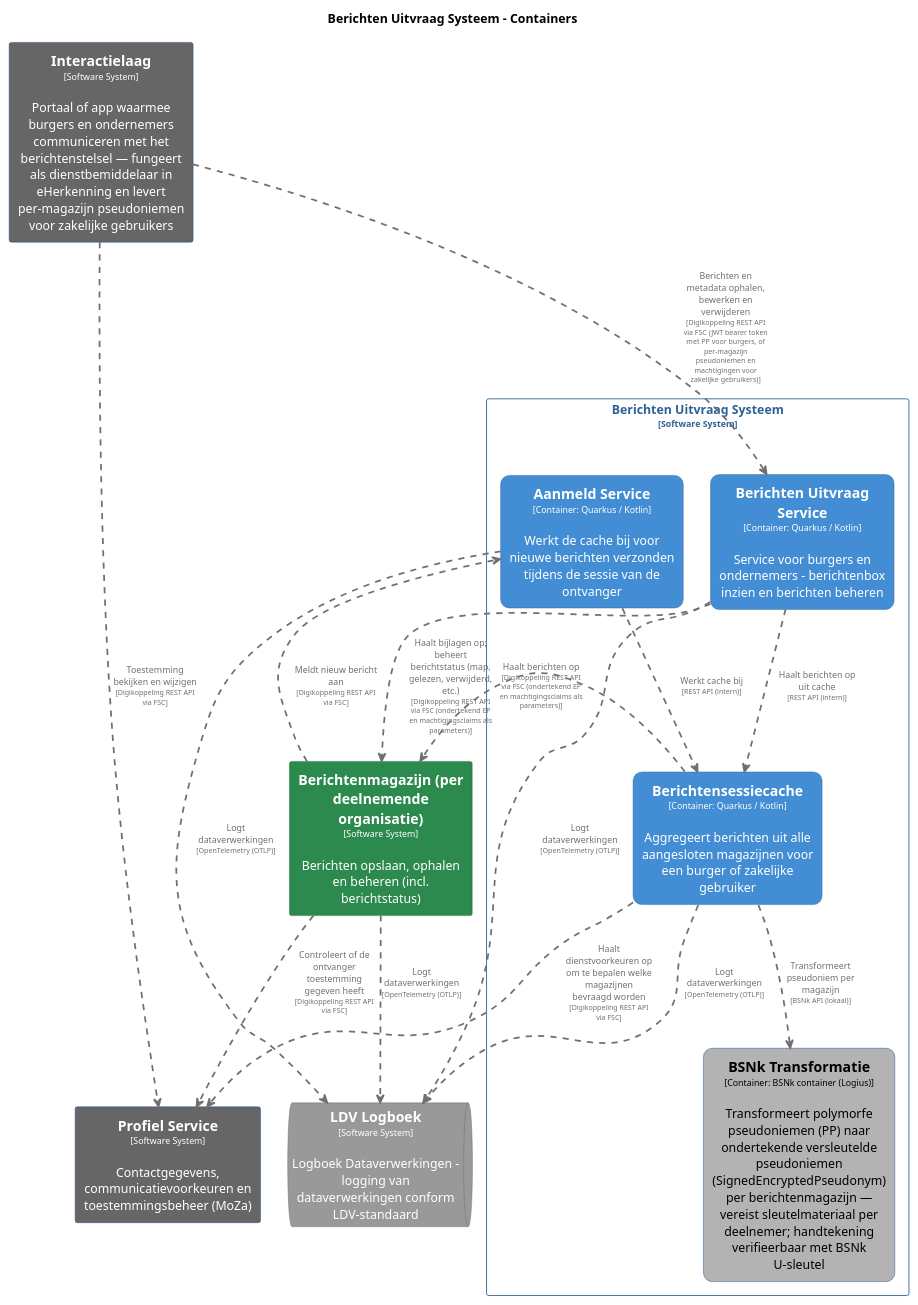
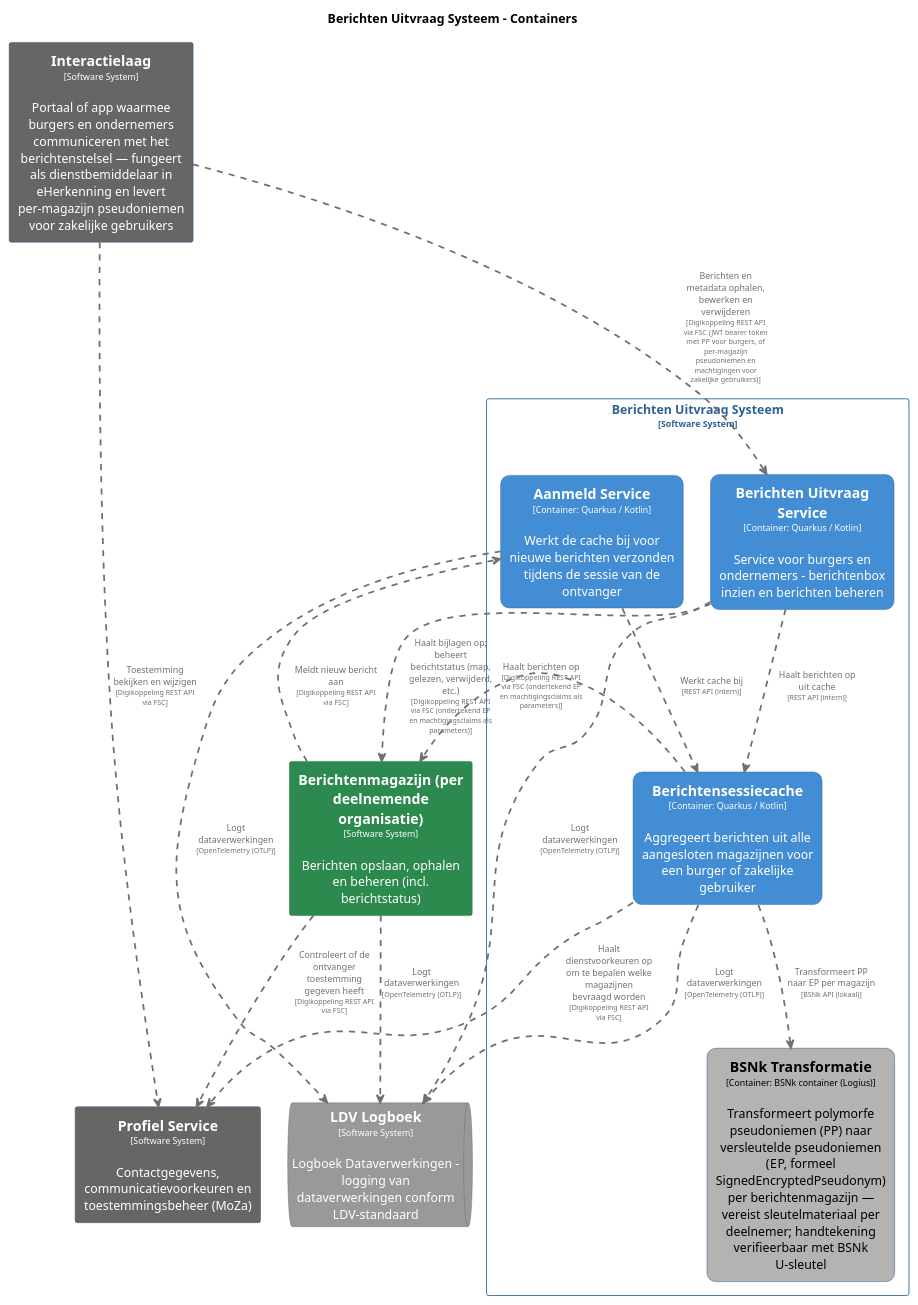
The diagram in pr-preview/pr-22/master/puml/BerichtenUitvraagSysteemContainers.puml (MinBZK/moza-poc-fbs-berichtenbox), drawn with PlantUML before and after one commit. The commit also changed 12 other files, not shown here.

```diff
--- a/pr-preview/pr-22/master/puml/BerichtenUitvraagSysteemContainers.puml
+++ b/pr-preview/pr-22/master/puml/BerichtenUitvraagSysteemContainers.puml
@@ -1,102 +1,102 @@
 @startuml
 set separator none
 title Berichten Uitvraag Systeem - Containers
 
 top to bottom direction
 skinparam ranksep 60
 skinparam nodesep 30
 
 skinparam {
   arrowFontSize 10
   defaultTextAlignment center
   wrapWidth 200
   maxMessageSize 100
 }
 
 hide stereotype
 
 skinparam rectangle<<BerichtenUitvraagSysteem.AanmeldService>> {
   BackgroundColor #438dd5
   FontColor #ffffff
   BorderColor #2e6295
   roundCorner 20
   shadowing false
 }
 skinparam rectangle<<BerichtenUitvraagSysteem.BSNkTransformatie>> {
   BackgroundColor #b3b3b3
   FontColor #000000
   BorderColor #0b4884
   roundCorner 20
   shadowing false
 }
 skinparam rectangle<<BerichtenUitvraagSysteem.BerichtenUitvraagService>> {
   BackgroundColor #438dd5
   FontColor #ffffff
   BorderColor #2e6295
   roundCorner 20
   shadowing false
 }
 skinparam rectangle<<Berichtenmagazijnperdeelnemendeorganisatie>> {
   BackgroundColor #2d8a4e
   FontColor #ffffff
   BorderColor #1e6b38
   shadowing false
 }
 skinparam rectangle<<BerichtenUitvraagSysteem.Berichtensessiecache>> {
   BackgroundColor #438dd5
   FontColor #ffffff
   BorderColor #2e6295
   roundCorner 20
   shadowing false
 }
 skinparam rectangle<<Interactielaag>> {
   BackgroundColor #666666
   FontColor #ffffff
   BorderColor #0b4884
   shadowing false
 }
 skinparam queue<<LDVLogboek>> {
   BackgroundColor #999999
   FontColor #ffffff
   BorderColor #6b6b6b
   shadowing false
 }
 skinparam rectangle<<ProfielService>> {
   BackgroundColor #666666
   FontColor #ffffff
   BorderColor #0b4884
   shadowing false
 }
 skinparam rectangle<<BerichtenUitvraagSysteem>> {
   BorderColor #2e6295
   FontColor #2e6295
   shadowing false
 }
 
 rectangle "==Profiel Service\n<size:10>[Software System]</size>\n\nContactgegevens, communicatievoorkeuren en toestemmingsbeheer (MoZa)" <<ProfielService>> as ProfielService
 rectangle "==Interactielaag\n<size:10>[Software System]</size>\n\nPortaal of app waarmee burgers en ondernemers communiceren met het berichtenstelsel — fungeert als dienstbemiddelaar in eHerkenning en levert per-magazijn pseudoniemen voor zakelijke gebruikers" <<Interactielaag>> as Interactielaag
 rectangle "==Berichtenmagazijn (per deelnemende organisatie)\n<size:10>[Software System]</size>\n\nBerichten opslaan, ophalen en beheren (incl. berichtstatus)" <<Berichtenmagazijnperdeelnemendeorganisatie>> as Berichtenmagazijnperdeelnemendeorganisatie
 queue "==LDV Logboek\n<size:10>[Software System]</size>\n\nLogboek Dataverwerkingen - logging van dataverwerkingen conform LDV-standaard" <<LDVLogboek>> as LDVLogboek
 
 rectangle "Berichten Uitvraag Systeem\n<size:10>[Software System]</size>" <<BerichtenUitvraagSysteem>> {
   rectangle "==Berichtensessiecache\n<size:10>[Container: Quarkus / Kotlin]</size>\n\nAggregeert berichten uit alle aangesloten magazijnen voor een burger of zakelijke gebruiker" <<BerichtenUitvraagSysteem.Berichtensessiecache>> as BerichtenUitvraagSysteem.Berichtensessiecache
   rectangle "==Berichten Uitvraag Service\n<size:10>[Container: Quarkus / Kotlin]</size>\n\nService voor burgers en ondernemers - berichtenbox inzien en berichten beheren" <<BerichtenUitvraagSysteem.BerichtenUitvraagService>> as BerichtenUitvraagSysteem.BerichtenUitvraagService
-  rectangle "==BSNk Transformatie\n<size:10>[Container: BSNk container (Logius)]</size>\n\nTransformeert polymorfe pseudoniemen (PP) naar ondertekende versleutelde pseudoniemen (SignedEncryptedPseudonym) per berichtenmagazijn — vereist sleutelmateriaal per deelnemer; handtekening verifieerbaar met BSNk U-sleutel" <<BerichtenUitvraagSysteem.BSNkTransformatie>> as BerichtenUitvraagSysteem.BSNkTransformatie
+  rectangle "==BSNk Transformatie\n<size:10>[Container: BSNk container (Logius)]</size>\n\nTransformeert polymorfe pseudoniemen (PP) naar versleutelde pseudoniemen (EP, formeel SignedEncryptedPseudonym) per berichtenmagazijn — vereist sleutelmateriaal per deelnemer; handtekening verifieerbaar met BSNk U-sleutel" <<BerichtenUitvraagSysteem.BSNkTransformatie>> as BerichtenUitvraagSysteem.BSNkTransformatie
   rectangle "==Aanmeld Service\n<size:10>[Container: Quarkus / Kotlin]</size>\n\nWerkt de cache bij voor nieuwe berichten verzonden tijdens de sessie van de ontvanger" <<BerichtenUitvraagSysteem.AanmeldService>> as BerichtenUitvraagSysteem.AanmeldService
 }
 
 Berichtenmagazijnperdeelnemendeorganisatie .[#707070,thickness=2].> ProfielService : "<color:#707070>Controleert of de ontvanger toestemming gegeven heeft\n<color:#707070><size:8>[Digikoppeling REST API via FSC]</size>"
 BerichtenUitvraagSysteem.Berichtensessiecache .[#707070,thickness=2].> ProfielService : "<color:#707070>Haalt dienstvoorkeuren op om te bepalen welke magazijnen bevraagd worden\n<color:#707070><size:8>[Digikoppeling REST API via FSC]</size>"
 BerichtenUitvraagSysteem.Berichtensessiecache .[#707070,thickness=2].> Berichtenmagazijnperdeelnemendeorganisatie : "<color:#707070>Haalt berichten op\n<color:#707070><size:8>[Digikoppeling REST API via FSC (ondertekend EP en machtigingsclaims als parameters)]</size>"
 Berichtenmagazijnperdeelnemendeorganisatie .[#707070,thickness=2].> LDVLogboek : "<color:#707070>Logt dataverwerkingen\n<color:#707070><size:8>[OpenTelemetry (OTLP)]</size>"
 BerichtenUitvraagSysteem.Berichtensessiecache .[#707070,thickness=2].> LDVLogboek : "<color:#707070>Logt dataverwerkingen\n<color:#707070><size:8>[OpenTelemetry (OTLP)]</size>"
 BerichtenUitvraagSysteem.BerichtenUitvraagService .[#707070,thickness=2].> LDVLogboek : "<color:#707070>Logt dataverwerkingen\n<color:#707070><size:8>[OpenTelemetry (OTLP)]</size>"
 BerichtenUitvraagSysteem.AanmeldService .[#707070,thickness=2].> LDVLogboek : "<color:#707070>Logt dataverwerkingen\n<color:#707070><size:8>[OpenTelemetry (OTLP)]</size>"
-BerichtenUitvraagSysteem.Berichtensessiecache .[#707070,thickness=2].> BerichtenUitvraagSysteem.BSNkTransformatie : "<color:#707070>Transformeert pseudoniem per magazijn\n<color:#707070><size:8>[BSNk API (lokaal)]</size>"
+BerichtenUitvraagSysteem.Berichtensessiecache .[#707070,thickness=2].> BerichtenUitvraagSysteem.BSNkTransformatie : "<color:#707070>Transformeert PP naar EP per magazijn\n<color:#707070><size:8>[BSNk API (lokaal)]</size>"
 BerichtenUitvraagSysteem.AanmeldService .[#707070,thickness=2].> BerichtenUitvraagSysteem.Berichtensessiecache : "<color:#707070>Werkt cache bij\n<color:#707070><size:8>[REST API (intern)]</size>"
 BerichtenUitvraagSysteem.BerichtenUitvraagService .[#707070,thickness=2].> BerichtenUitvraagSysteem.Berichtensessiecache : "<color:#707070>Haalt berichten op uit cache\n<color:#707070><size:8>[REST API (intern)]</size>"
 Interactielaag .[#707070,thickness=2].> BerichtenUitvraagSysteem.BerichtenUitvraagService : "<color:#707070>Berichten en metadata ophalen, bewerken en verwijderen\n<color:#707070><size:8>[Digikoppeling REST API via FSC (JWT bearer token met PP voor burgers, of per-magazijn pseudoniemen en machtigingen voor zakelijke gebruikers)]</size>"
 Interactielaag .[#707070,thickness=2].> ProfielService : "<color:#707070>Toestemming bekijken en wijzigen\n<color:#707070><size:8>[Digikoppeling REST API via FSC]</size>"
 BerichtenUitvraagSysteem.BerichtenUitvraagService .[#707070,thickness=2].> Berichtenmagazijnperdeelnemendeorganisatie : "<color:#707070>Haalt bijlagen op; beheert berichtstatus (map, gelezen, verwijderd, etc.)\n<color:#707070><size:8>[Digikoppeling REST API via FSC (ondertekend EP en machtigingsclaims als parameters)]</size>"
 Berichtenmagazijnperdeelnemendeorganisatie .[#707070,thickness=2].> BerichtenUitvraagSysteem.AanmeldService : "<color:#707070>Meldt nieuw bericht aan\n<color:#707070><size:8>[Digikoppeling REST API via FSC]</size>"
 @enduml
```
